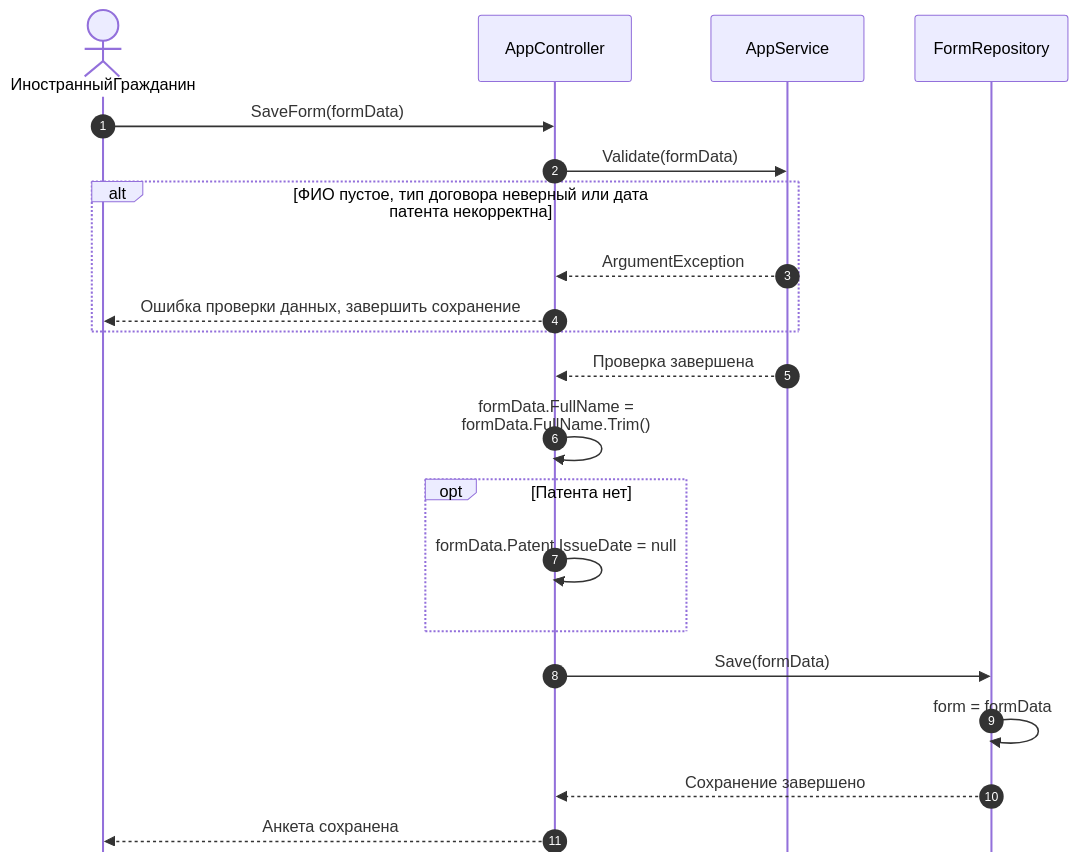
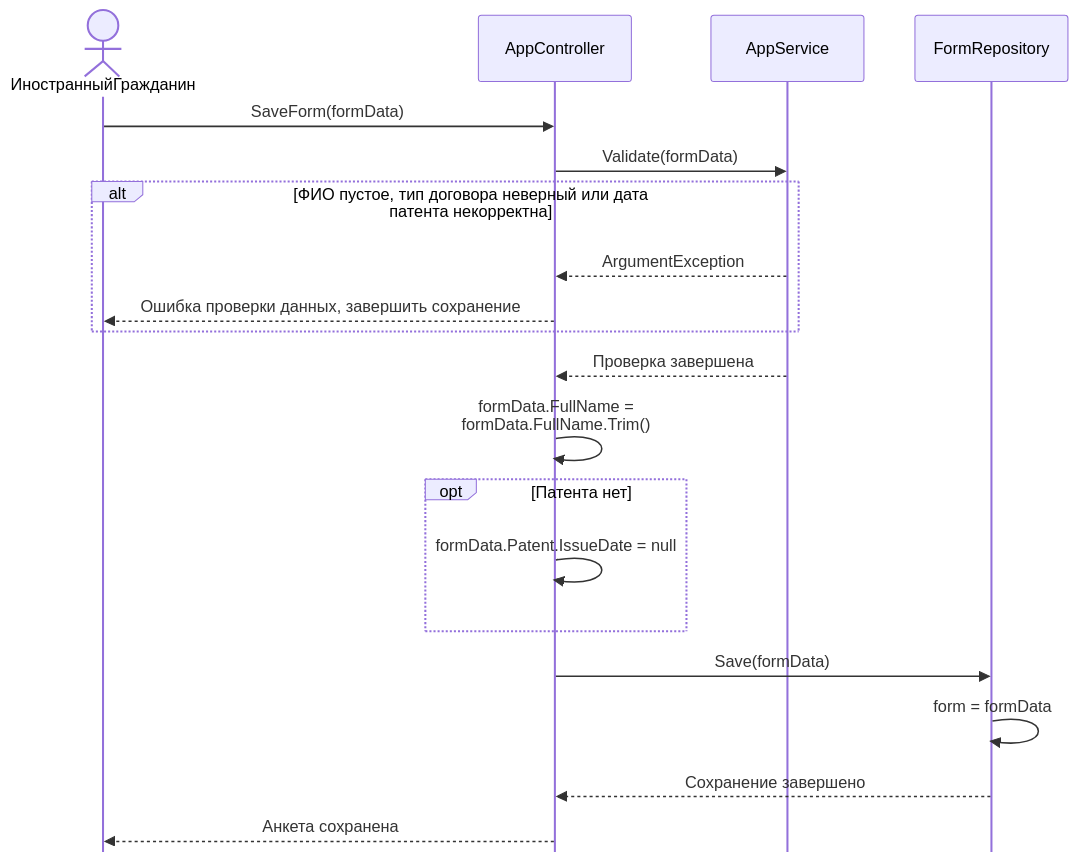
The first of 2 diagrams in _docs/lab4.md (Edmorton1/peace), drawn with Mermaid before and after one commit. The commit also changed other lines of this file, not shown here.

Commit message:
убрал автоинкремент

````diff
--- a/_docs/lab4.md
+++ b/_docs/lab4.md
@@ -5,26 +5,25 @@
 ```mermaid
 %%{init: {'sequence': {'mirrorActors': false}}}%%
 sequenceDiagram
-    autonumber
     actor ИностранныйГражданин
     participant AppController
     participant AppService
     participant FormRepository
     ИностранныйГражданин->>AppController: SaveForm(formData)
     AppController->>AppService: Validate(formData)
 
     alt ФИО пустое, тип договора неверный или дата патента некорректна
         AppService-->>AppController: ArgumentException
         AppController-->>ИностранныйГражданин: Ошибка проверки данных, завершить сохранение
     end
 
     AppService-->>AppController: Проверка завершена
     AppController->>AppController: formData.FullName =<br/>formData.FullName.Trim()
     opt Патента нет
         AppController->>AppController: formData.Patent.IssueDate = null
     end
     AppController->>FormRepository: Save(formData)
     FormRepository->>FormRepository: form = formData
     FormRepository-->>AppController: Сохранение завершено
     AppController-->>ИностранныйГражданин: Анкета сохранена
 ```
````
